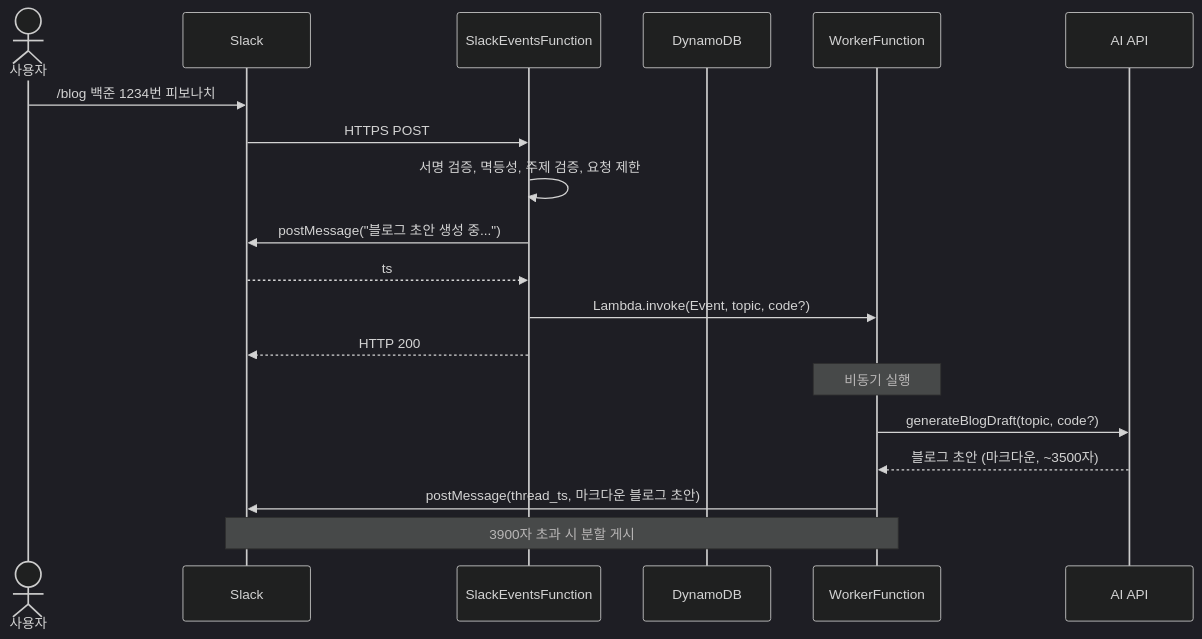
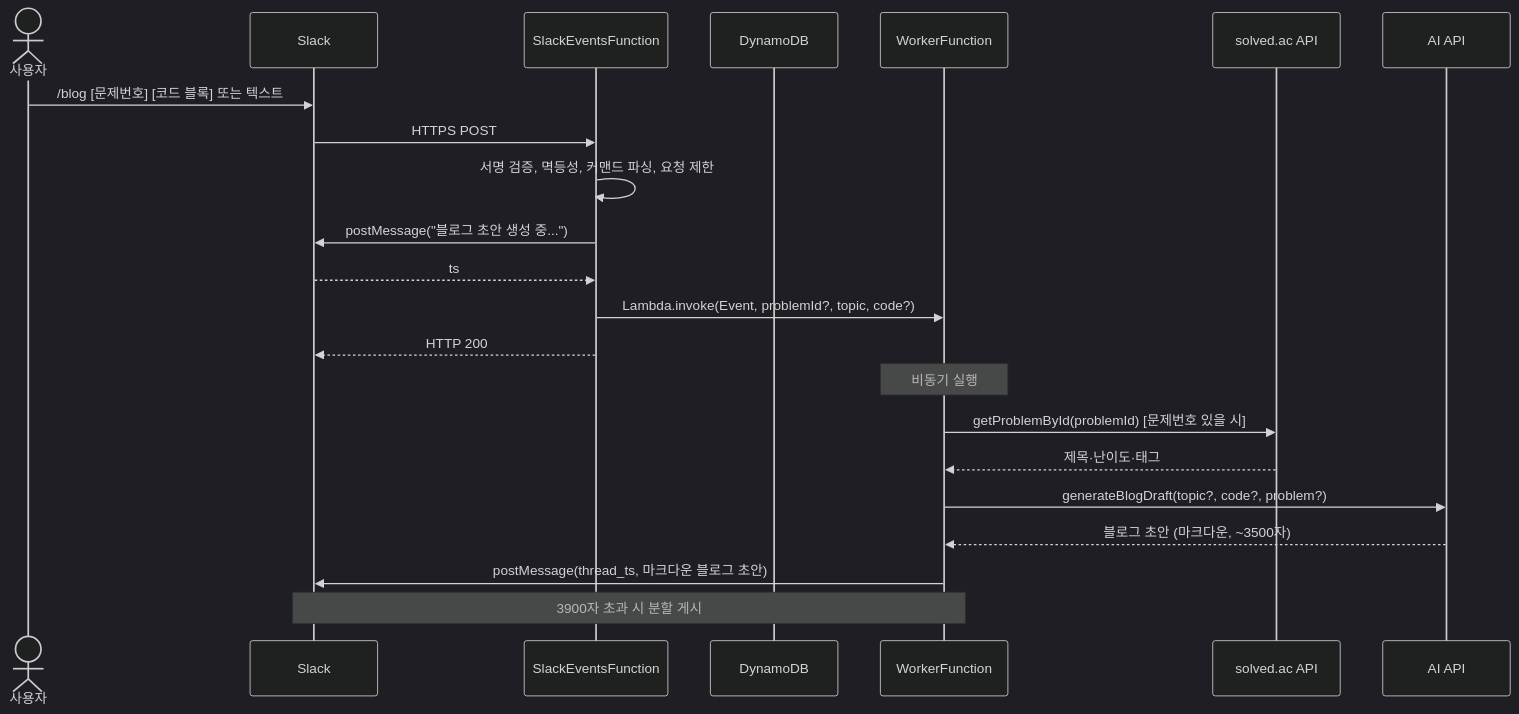
The second of 4 diagrams in docs/architecture/data-flow.md (sammy0329/algo-daily-bot), drawn with Mermaid (dark theme) before and after one commit. The commit also changed other lines of this file and 4 other files, not shown here.

````diff
--- a/docs/architecture/data-flow.md
+++ b/docs/architecture/data-flow.md
@@ -42,23 +42,26 @@
 ```mermaid
 sequenceDiagram
     actor User as 사용자
     participant Slack as Slack
     participant SEF as SlackEventsFunction
     participant DDB as DynamoDB
     participant WF as WorkerFunction
+    participant SA as solved.ac API
     participant AI as AI API
 
-    User->>Slack: /blog 백준 1234번 피보나치
+    User->>Slack: /blog [문제번호] [코드 블록] 또는 텍스트
     Slack->>SEF: HTTPS POST
-    SEF->>SEF: 서명 검증, 멱등성, 주제 검증, 요청 제한
+    SEF->>SEF: 서명 검증, 멱등성, 커맨드 파싱, 요청 제한
     SEF->>Slack: postMessage("블로그 초안 생성 중...")
     Slack-->>SEF: ts
-    SEF->>WF: Lambda.invoke(Event, topic, code?)
+    SEF->>WF: Lambda.invoke(Event, problemId?, topic, code?)
     SEF-->>Slack: HTTP 200
 
     Note over WF: 비동기 실행
-    WF->>AI: generateBlogDraft(topic, code?)
+    WF->>SA: getProblemById(problemId) [문제번호 있을 시]
+    SA-->>WF: 제목·난이도·태그
+    WF->>AI: generateBlogDraft(topic?, code?, problem?)
     AI-->>WF: 블로그 초안 (마크다운, ~3500자)
     WF->>Slack: postMessage(thread_ts, 마크다운 블로그 초안)
     Note over WF,Slack: 3900자 초과 시 분할 게시
 ```
````
